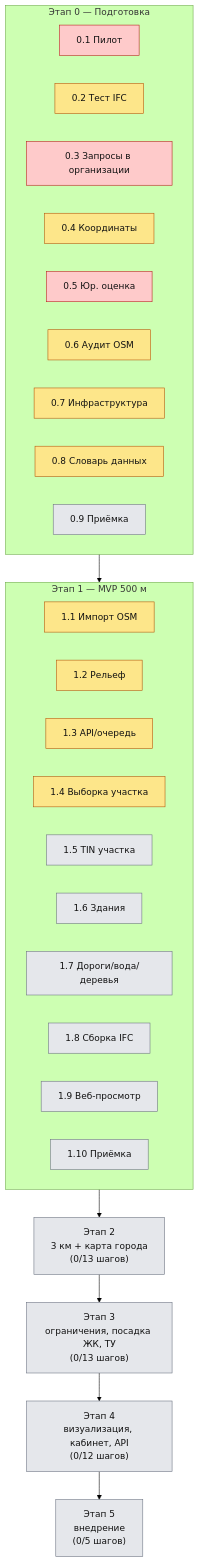
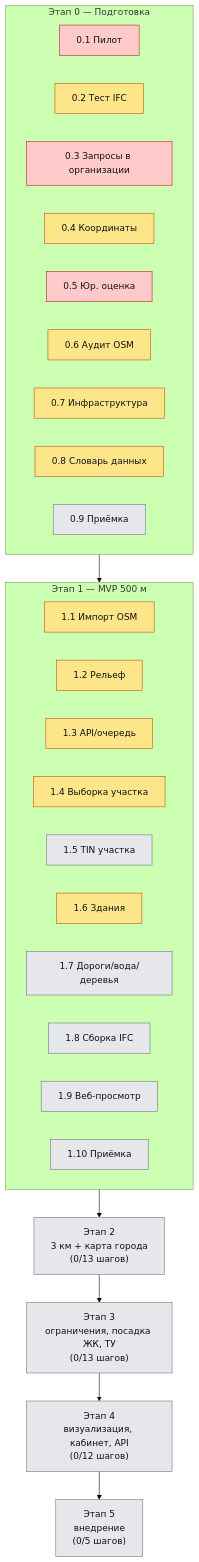
One commit to senkinegor1803-byte/Topology- changed the diagram in docs/dev-tree.md. Above: the diagram before and after it, drawn with Mermaid (forest theme). The commit also changed other lines of this file and 5 other files, not shown here.

````diff
--- a/docs/dev-tree.md
+++ b/docs/dev-tree.md
@@ -18,40 +18,40 @@
 ```mermaid
 flowchart TD
     subgraph E0["Этап 0 — Подготовка"]
         direction LR
         S01["0.1 Пилот"]:::blocked
         S02["0.2 Тест IFC"]:::partial
         S03["0.3 Запросы в организации"]:::blocked
         S04["0.4 Координаты"]:::partial
         S05["0.5 Юр. оценка"]:::blocked
         S06["0.6 Аудит OSM"]:::partial
         S07["0.7 Инфраструктура"]:::partial
         S08["0.8 Словарь данных"]:::partial
         S09["0.9 Приёмка"]:::notstarted
     end
 
     subgraph E1["Этап 1 — MVP 500 м"]
         direction LR
         S11["1.1 Импорт OSM"]:::partial
         S12["1.2 Рельеф"]:::partial
         S13["1.3 API/очередь"]:::partial
         S14["1.4 Выборка участка"]:::partial
         S15["1.5 TIN участка"]:::notstarted
-        S16["1.6 Здания"]:::notstarted
+        S16["1.6 Здания"]:::partial
         S17["1.7 Дороги/вода/деревья"]:::notstarted
         S18["1.8 Сборка IFC"]:::notstarted
         S19["1.9 Веб-просмотр"]:::notstarted
         S110["1.10 Приёмка"]:::notstarted
     end
 
     E2["Этап 2<br/>3 км + карта города<br/>(0/13 шагов)"]:::notstarted
     E3["Этап 3<br/>ограничения, посадка ЖК, ТУ<br/>(0/13 шагов)"]:::notstarted
     E4["Этап 4<br/>визуализация, кабинет, API<br/>(0/12 шагов)"]:::notstarted
     E5["Этап 5<br/>внедрение<br/>(0/5 шагов)"]:::notstarted
 
     E0 --> E1 --> E2 --> E3 --> E4 --> E5
 
     classDef partial fill:#fde68a,stroke:#b45309,color:#111;
     classDef blocked fill:#fecaca,stroke:#b91c1c,color:#111;
     classDef notstarted fill:#e5e7eb,stroke:#6b7280,color:#111;
 ```
````
